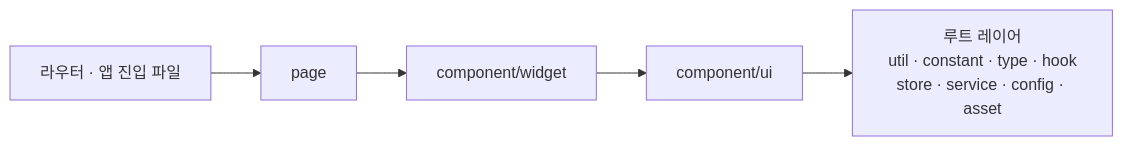
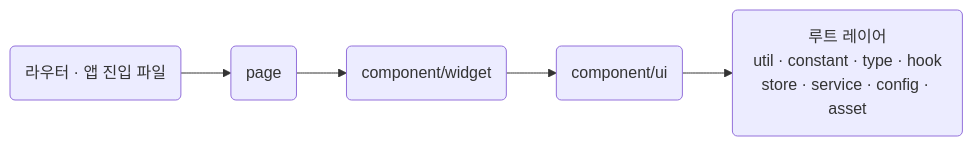
The diagram in skill/react/rules/01-04-ownership-keep-component-imports-flowing-downward.md (minu-ha/agent-conventions), drawn with Mermaid before and after one commit. The commit also changed 7 other files, not shown here.

````diff
--- a/skill/react/rules/01-04-ownership-keep-component-imports-flowing-downward.md
+++ b/skill/react/rules/01-04-ownership-keep-component-imports-flowing-downward.md
@@ -28,7 +28,7 @@
 ```mermaid
 flowchart LR
-	router["라우터 · 앱 진입 파일"] --> page["page"]
-	page --> widget["component/widget"]
-	widget --> ui["component/ui"]
-	ui --> root["루트 레이어<br>util · constant · type · hook<br>store · service · config · asset"]
+	router("라우터 · 앱 진입 파일") --> page("page")
+	page --> widget("component/widget")
+	widget --> ui("component/ui")
+	ui --> root("루트 레이어<br>util · constant · type · hook<br>store · service · config · asset")
 ```
````
